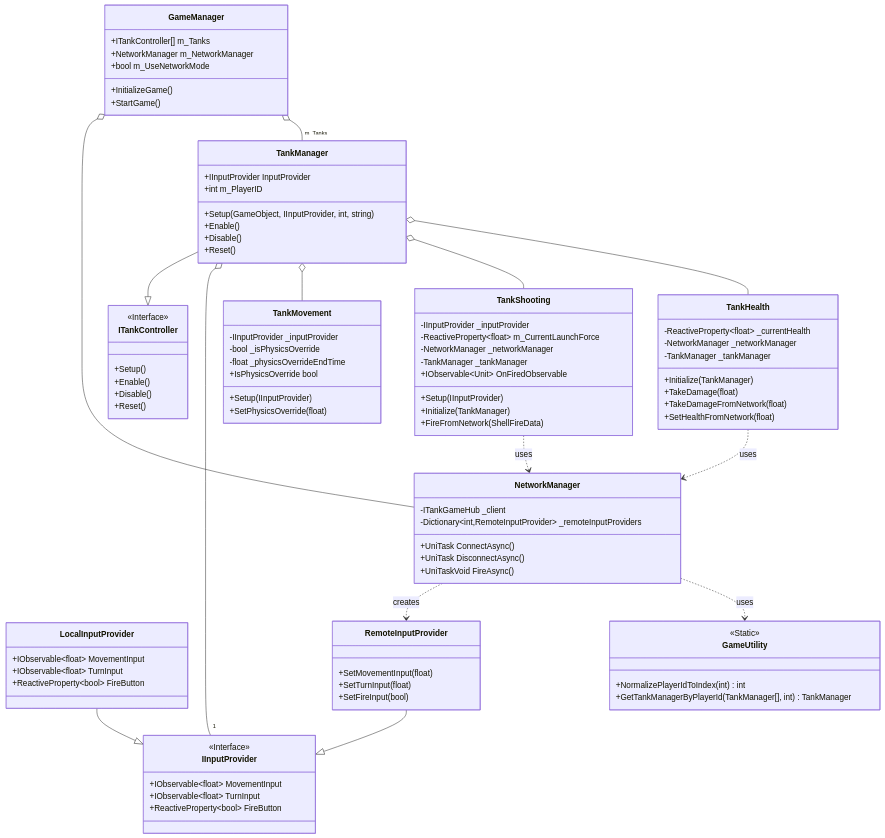
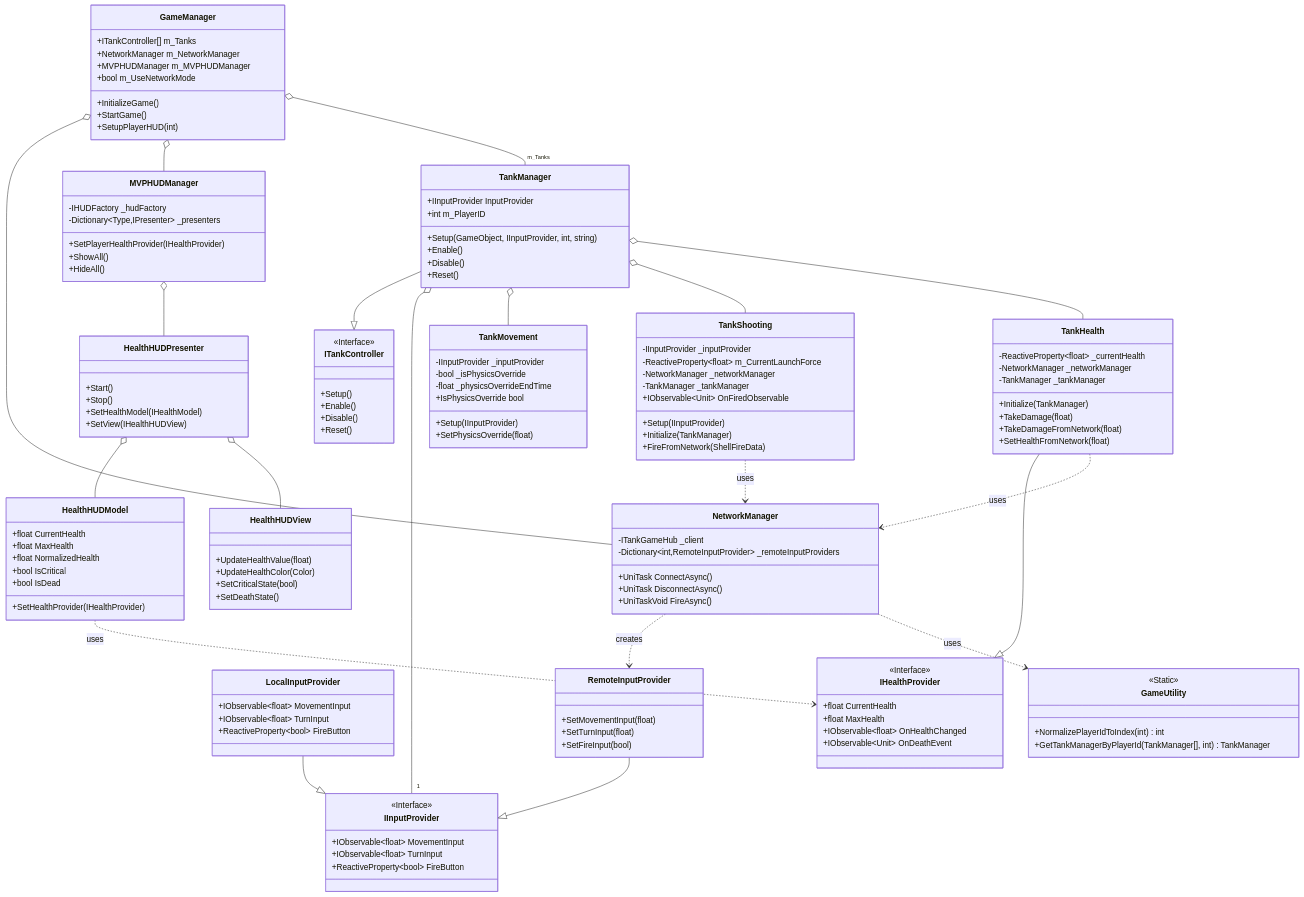
Before and after one commit to Kaguchi08/tanks_ex: the third of 4 diagrams in DESIGN_DOCUMENT.md, drawn with Mermaid. The commit also changed other lines of this file and 1 other file, not shown here.

```diff
--- a/DESIGN_DOCUMENT.md
+++ b/DESIGN_DOCUMENT.md
@@ -335,9 +405,11 @@
     class GameManager {
         +ITankController[] m_Tanks
         +NetworkManager m_NetworkManager
+        +MVPHUDManager m_MVPHUDManager
         +bool m_UseNetworkMode
         +InitializeGame()
         +StartGame()
+        +SetupPlayerHUD(int)
     }
 
     class NetworkManager {
@@ -420,7 +492,47 @@
         +GetTankManagerByPlayerId(TankManager[], int) TankManager
     }
 
+    class MVPHUDManager {
+        +SetPlayerHealthProvider(IHealthProvider)
+        +ShowAll()
+        +HideAll()
+        -IHUDFactory _hudFactory
+        -Dictionary~Type,IPresenter~ _presenters
+    }
+
+    class HealthHUDModel {
+        +float CurrentHealth
+        +float MaxHealth  
+        +float NormalizedHealth
+        +bool IsCritical
+        +bool IsDead
+        +SetHealthProvider(IHealthProvider)
+    }
+
+    class HealthHUDView {
+        +UpdateHealthValue(float)
+        +UpdateHealthColor(Color)
+        +SetCriticalState(bool)
+        +SetDeathState()
+    }
+
+    class HealthHUDPresenter {
+        +Start()
+        +Stop()
+        +SetHealthModel(IHealthModel)
+        +SetView(IHealthHUDView)
+    }
+
+    class IHealthProvider {
+        <<Interface>>
+        +float CurrentHealth
+        +float MaxHealth
+        +IObservable~float~ OnHealthChanged
+        +IObservable~Unit~ OnDeathEvent
+    }
+
     GameManager o-- NetworkManager
+    GameManager o-- MVPHUDManager
     GameManager o-- "m_Tanks" TankManager
     TankManager --|> ITankController
     TankManager o-- "1" IInputProvider
@@ -430,6 +542,12 @@
     
     LocalInputProvider --|> IInputProvider
     RemoteInputProvider --|> IInputProvider
+    TankHealth --|> IHealthProvider
+    
+    MVPHUDManager o-- HealthHUDPresenter
+    HealthHUDPresenter o-- HealthHUDModel
+    HealthHUDPresenter o-- HealthHUDView
+    HealthHUDModel ..> IHealthProvider : uses
     
     NetworkManager ..> RemoteInputProvider : creates
     NetworkManager ..> GameUtility : uses
```
